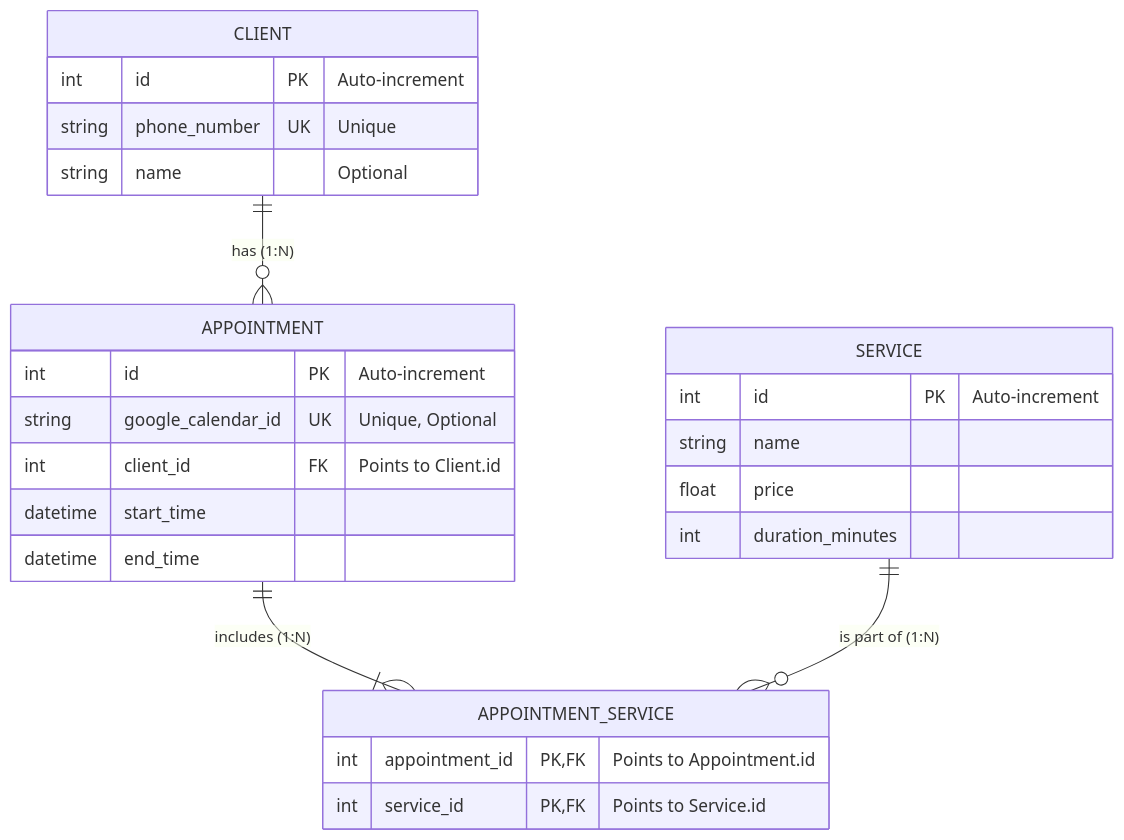
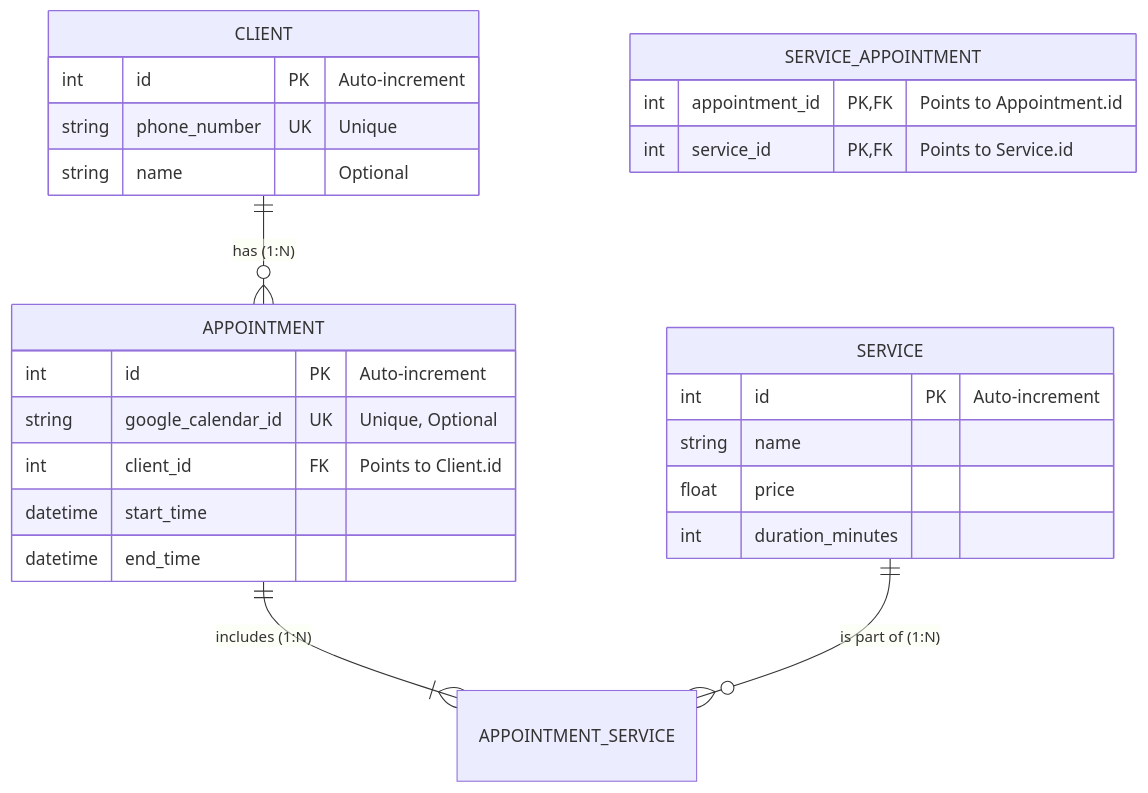
One commit to javiperezdev/assistantfy changed the diagram in README.md. Above: the diagram before and after it, drawn with Mermaid. The commit also changed 4 other files, not shown here.

````diff
--- a/README.md
+++ b/README.md
@@ -27,33 +27,33 @@
 ```mermaid
 erDiagram
     CLIENT {
         int id PK "Auto-increment"
         string phone_number UK "Unique"
         string name "Optional"
     }
     
     SERVICE {
         int id PK "Auto-increment"
         string name 
         float price 
         int duration_minutes 
     }
     
     APPOINTMENT {
         int id PK "Auto-increment"
         string google_calendar_id UK "Unique, Optional"
         int client_id FK "Points to Client.id"
         datetime start_time 
         datetime end_time 
     }
     
-    APPOINTMENT_SERVICE {
+    SERVICE_APPOINTMENT {
         int appointment_id PK,FK "Points to Appointment.id"
         int service_id PK,FK "Points to Service.id"
     }
 
     %% Relationships %%
     CLIENT ||--o{ APPOINTMENT : "has (1:N)"
     APPOINTMENT ||--|{ APPOINTMENT_SERVICE : "includes (1:N)"
     SERVICE ||--o{ APPOINTMENT_SERVICE : "is part of (1:N)"
 ```
````
